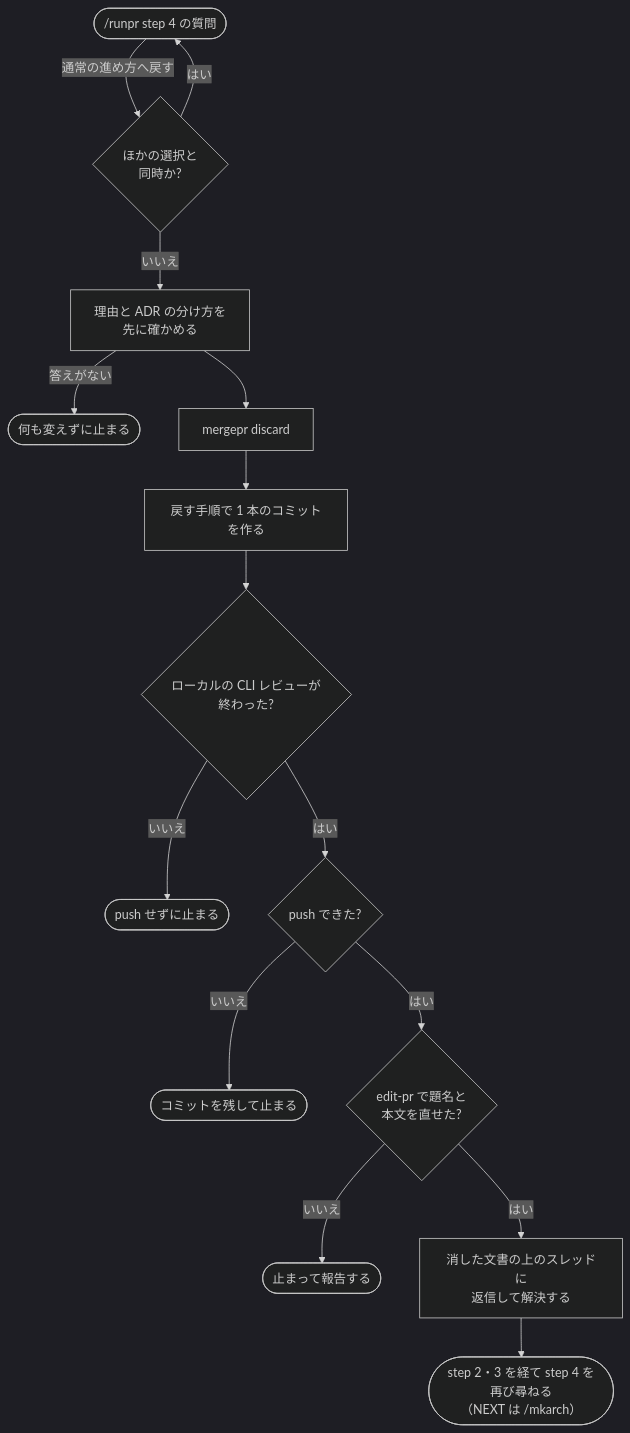
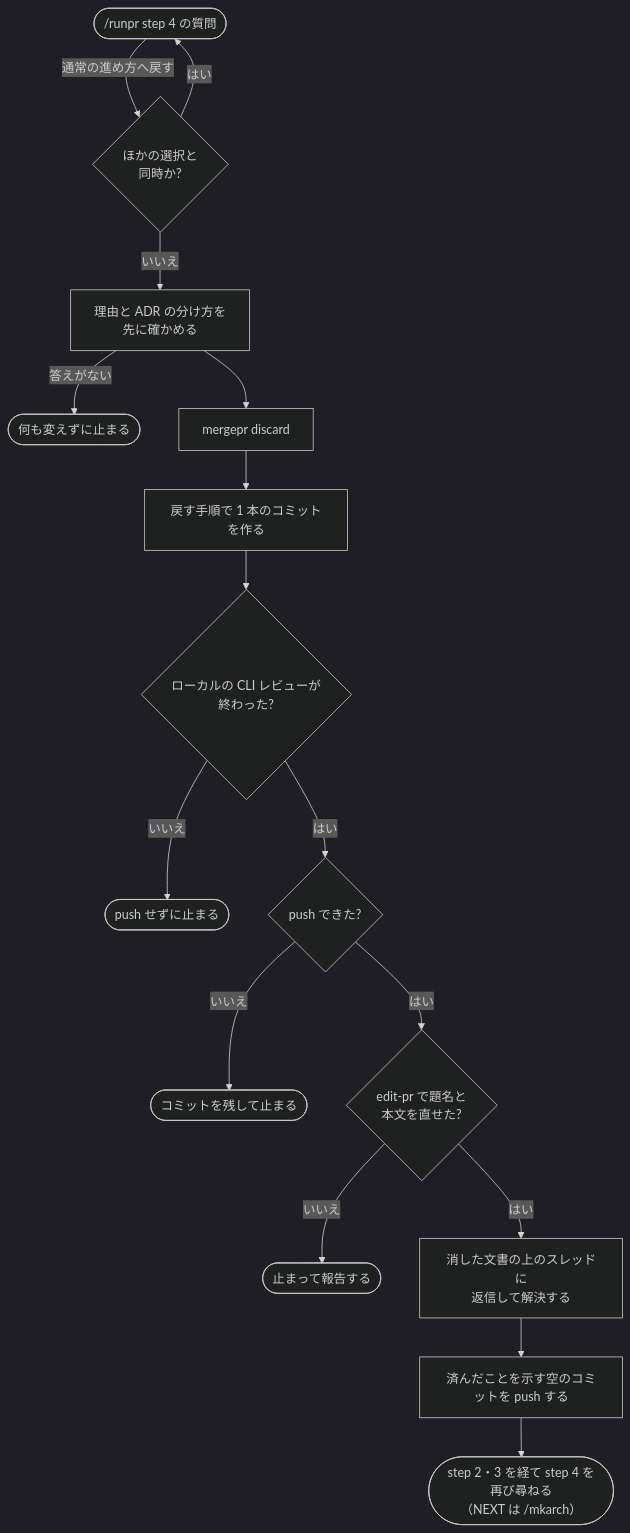
Before and after one commit to isseis/yt2column: the sixth of 7 diagrams in docs/tasks/0072_simple_task_documents/02_architecture.md, drawn with Mermaid (dark theme). The commit also changed other lines of this file and 4 other files, not shown here.

````diff
--- a/docs/tasks/0072_simple_task_documents/02_architecture.md
+++ b/docs/tasks/0072_simple_task_documents/02_architecture.md
@@ -567,17 +571,18 @@
 ```mermaid
 flowchart TD
     Q(["/runpr step 4 の質問"]) -->|"通常の進め方へ戻す"| Conf{"ほかの選択と<br>同時か?"}
     Conf -->|"はい"| Q
     Conf -->|"いいえ"| AskAll["理由と ADR の分け方を<br>先に確かめる"]
     AskAll -->|"答えがない"| Stop0(["何も変えずに止まる"])
     AskAll --> D["mergepr discard"]
     D --> Commit["戻す手順で 1 本のコミットを作る"]
     Commit --> Local{"ローカルの CLI レビューが<br>終わった?"}
     Local -->|"いいえ"| Stop3(["push せずに止まる"])
     Local -->|"はい"| Push{"push できた?"}
     Push -->|"いいえ"| Stop1(["コミットを残して止まる"])
     Push -->|"はい"| Edit{"edit-pr で題名と<br>本文を直せた?"}
     Edit -->|"いいえ"| Stop2(["止まって報告する"])
     Edit -->|"はい"| Threads["消した文書の上のスレッドに<br>返信して解決する"]
-    Threads --> Again(["step 2・3 を経て step 4 を再び尋ねる<br>（NEXT は /mkarch）"])
+    Threads --> Finish["済んだことを示す空のコミットを push する"]
+    Finish --> Again(["step 2・3 を経て step 4 を再び尋ねる<br>（NEXT は /mkarch）"])
 ```
````
